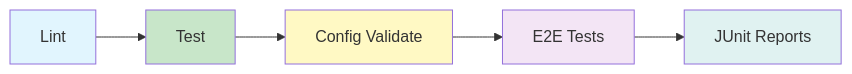
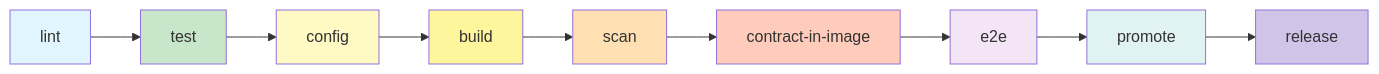
One commit to jrevillard/genie-ai-replica changed the fourth of 16 diagrams in site/content/en/docs/architecture/architecture.md. Above: the diagram before and after it, drawn with Mermaid. The commit also changed other lines of this file and 137 other files, not shown here.

````diff
--- a/site/content/en/docs/architecture/architecture.md
+++ b/site/content/en/docs/architecture/architecture.md
@@ -173,13 +267,21 @@
 ```mermaid
 graph LR
-    A[Lint] --> B[Test]
-    B --> C[Config Validate]
-    C --> D[E2E Tests]
-    D --> E[JUnit Reports]
-    
+    A[lint] --> B[test]
+    B --> C[config]
+    C --> D[build]
+    D --> E[scan]
+    E --> F[contract-in-image]
+    F --> G[e2e]
+    G --> H[promote]
+    H --> I[release]
+
     style A fill:#e1f5fe
     style B fill:#c8e6c9
     style C fill:#fff9c4
-    style D fill:#f3e5f5
-    style E fill:#e0f2f1
+    style D fill:#fff59d
+    style E fill:#ffe0b2
+    style F fill:#ffccbc
+    style G fill:#f3e5f5
+    style H fill:#e0f2f1
+    style I fill:#d1c4e9
 ```
````
